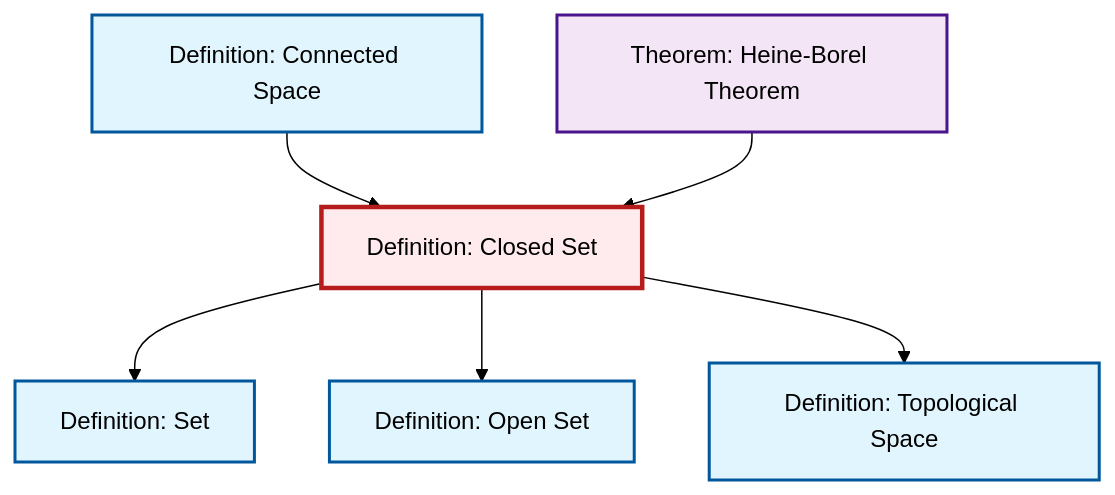
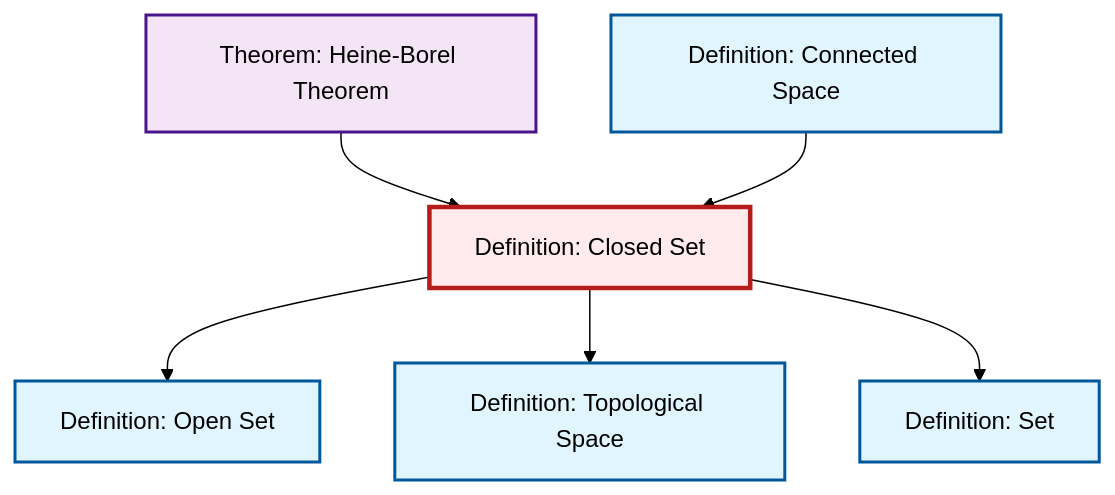
Before and after one commit to RK0429/ModernMath: the diagram in content/ja/topology/def-closed-set.qmd, drawn with Mermaid (forest theme). The commit also changed other lines of this file and 531 other files, not shown here.

````diff
--- a/content/ja/topology/def-closed-set.qmd
+++ b/content/ja/topology/def-closed-set.qmd
@@ -45,26 +45,26 @@
 ```{mermaid}
 %%| fig-cap: "Local dependency graph"
 graph TD
     classDef definition fill:#e1f5fe,stroke:#01579b,stroke-width:2px
     classDef theorem fill:#f3e5f5,stroke:#4a148c,stroke-width:2px
     classDef axiom fill:#fff3e0,stroke:#e65100,stroke-width:2px
     classDef example fill:#e8f5e9,stroke:#1b5e20,stroke-width:2px
     classDef current fill:#ffebee,stroke:#b71c1c,stroke-width:3px
     def-set["Definition: Set"]:::definition
+    def-topological-space["Definition: Topological Space"]:::definition
     def-closed-set["Definition: Closed Set"]:::definition
-    def-topological-space["Definition: Topological Space"]:::definition
+    def-open-set["Definition: Open Set"]:::definition
     def-connected["Definition: Connected Space"]:::definition
     thm-heine-borel["Theorem: Heine-Borel Theorem"]:::theorem
-    def-open-set["Definition: Open Set"]:::definition
-    def-closed-set --> def-set
     def-closed-set --> def-open-set
-    def-connected --> def-closed-set
     def-closed-set --> def-topological-space
     thm-heine-borel --> def-closed-set
+    def-connected --> def-closed-set
+    def-closed-set --> def-set
     class def-closed-set current
     click def-set "def-set.html" "Definition: Setへ"
     click def-topological-space "def-topological-space.html" "Definition: Topological Spaceへ"
+    click def-open-set "def-open-set.html" "Definition: Open Setへ"
     click def-connected "def-connected.html" "Definition: Connected Spaceへ"
     click thm-heine-borel "thm-heine-borel.html" "Theorem: Heine-Borel Theoremへ"
-    click def-open-set "def-open-set.html" "Definition: Open Setへ"
 ```
````
